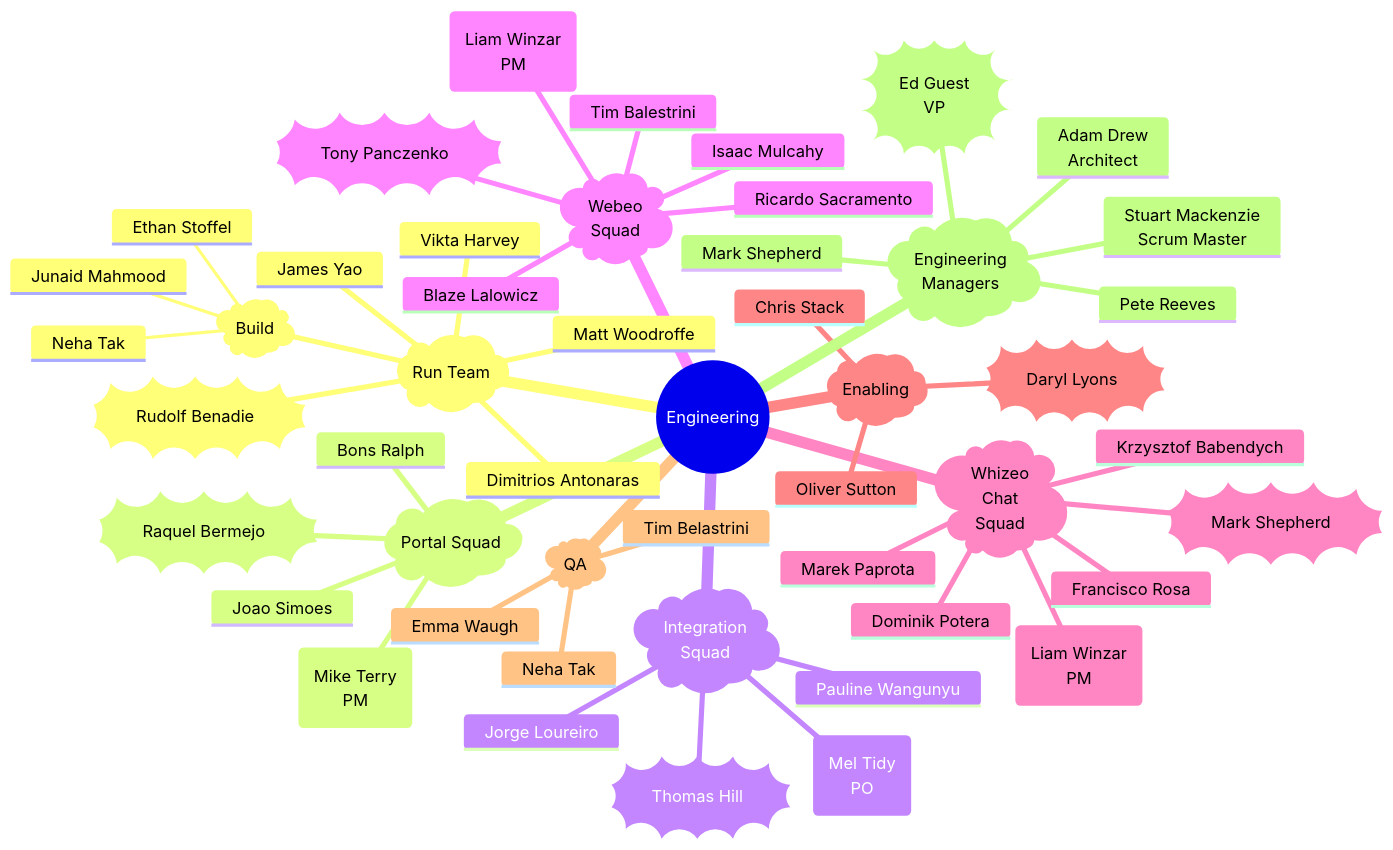
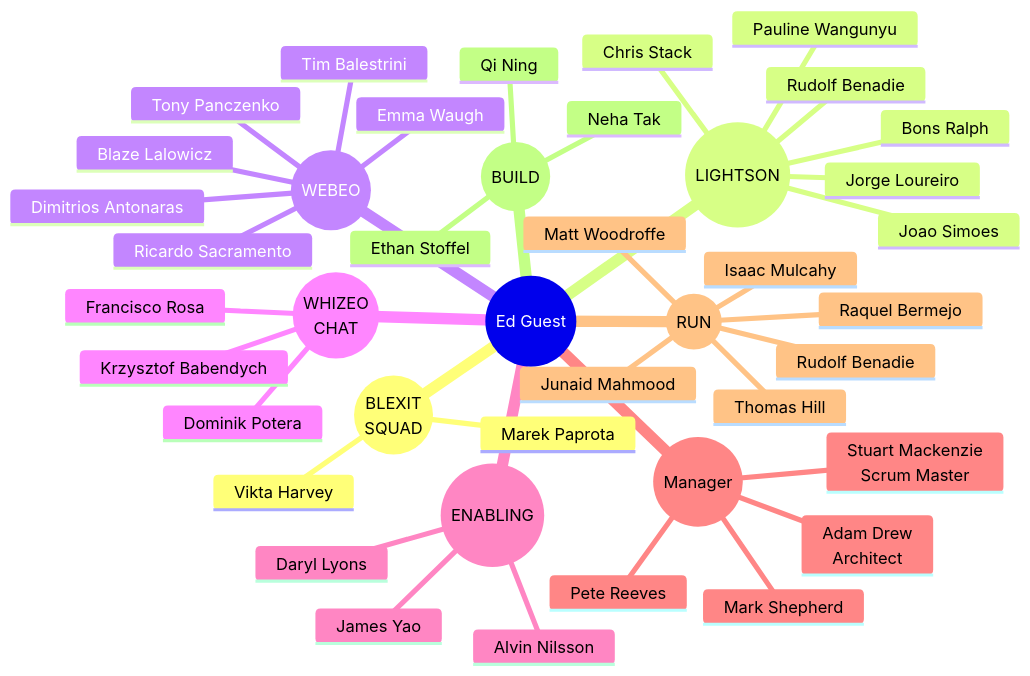
The diagram in Teams/squads.mmd (petebrlf/diagrams), drawn with Mermaid before and after one commit.

```diff
--- a/Teams/squads.mmd
+++ b/Teams/squads.mmd
@@ -1,55 +1,52 @@
 mindmap
-  root((Engineering )
-    )Run Team(
-        ))Rudolf Benadie((
+  root((Ed Guest))
+    ((BLEXIT <br>SQUAD)
       Vikta Harvey
-      Dimitrios Antonaras
-      Matt Woodroffe
-      James Yao
-      )Build(
-        Junaid Mahmood
-        Ethan Stoffel
-        Neha Tak
+      Marek Paprota
 
-    )Portal Squad(
-        ))Raquel Bermejo((
-      (Mike Terry<br>PM)
+    ((LIGHTSON)
+      Rudolf Benadie
       Joao Simoes
       Bons Ralph
-    )Integration <br>Squad(
-        ))Thomas Hill((
-        
+      Chris Stack
       Jorge Loureiro
       Pauline Wangunyu
-      (Mel Tidy <br>PO)
-      
-    )Webeo<br> Squad(
-        ))Tony Panczenko((
-      (Liam Winzar<br> PM)  
+
+  
+
+    ((WEBEO)
+      Tony Panczenko
       Blaze Lalowicz
-      Isaac Mulcahy
       Ricardo Sacramento
       Tim Balestrini
+      Dimitrios Antonaras
+      Emma Waugh
    
-    )Whizeo <br>Chat <br>Squad(
-        ))Mark Shepherd((
-      
-      (Liam Winzar <br>PM)
-      Marek Paprota
+    ((WHIZEO<BR>CHAT)
       Dominik Potera
       Krzysztof Babendych
       Francisco Rosa
-    )Enabling(
-        ))Daryl Lyons((
-      Oliver Sutton
-      Chris Stack
-    )QA(
-      Emma Waugh
-      Neha Tak
-      Tim Belastrini
-    )Engineering<br>Managers(
-      ))Ed Guest<br>VP((
+
+    ((ENABLING)
+      Daryl Lyons
+      James Yao
+      Alvin Nilsson
+      
+    ((Manager(
       Pete Reeves
       Mark Shepherd
       Stuart Mackenzie<br>Scrum Master
       Adam Drew<br> Architect
+
+    ((RUN)
+      Rudolf Benadie
+      Thomas Hill
+      Raquel Bermejo
+      Isaac Mulcahy
+      Matt Woodroffe
+      Junaid Mahmood
+
+    ((BUILD)
+        Ethan Stoffel
+        Neha Tak
+        Qi Ning
```
